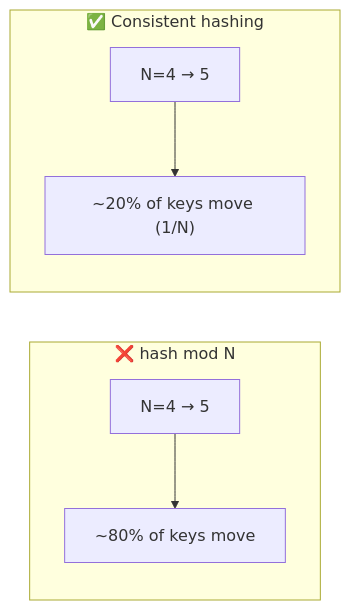
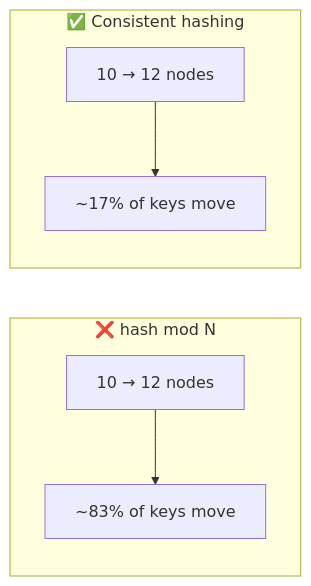
One commit to winnyboy5/System-Design-from-Atoms changed the diagram in phases/06-scaling-data/051-consistent-hashing.md. Above: the diagram before and after it, drawn with Mermaid. The commit also changed other lines of this file and 9 other files, not shown here.

````diff
--- a/phases/06-scaling-data/051-consistent-hashing.md
+++ b/phases/06-scaling-data/051-consistent-hashing.md
@@ -47,9 +57,9 @@
 ```mermaid
 flowchart LR
     subgraph Mod["❌ hash mod N"]
-        M1["N=4 → 5"] --> M2["~80% of keys move"]
+        M1["10 → 12 nodes"] --> M2["~83% of keys move"]
     end
     subgraph Ring["✅ Consistent hashing"]
-        R1["N=4 → 5"] --> R2["~20% of keys move (1/N)"]
+        R1["10 → 12 nodes"] --> R2["~17% of keys move"]
     end
 ```
````
